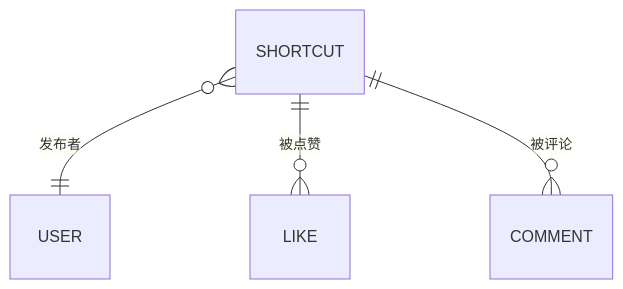
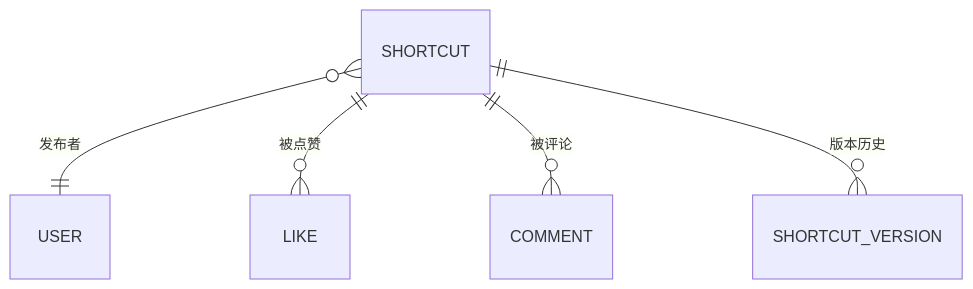
The second of 2 diagrams in .monkeycode/docs/专有概念/Shortcut.md (muzikeji/shortcut), drawn with Mermaid before and after one commit. The commit also changed other lines of this file and 10 other files, not shown here.

````diff
--- a/.monkeycode/docs/专有概念/Shortcut.md
+++ b/.monkeycode/docs/专有概念/Shortcut.md
@@ -86,6 +103,7 @@
 ```mermaid
 erDiagram
     SHORTCUT }o--|| USER : "发布者"
     SHORTCUT ||--o{ LIKE : "被点赞"
     SHORTCUT ||--o{ COMMENT : "被评论"
+    SHORTCUT ||--o{ SHORTCUT_VERSION : "版本历史"
 ```
````
